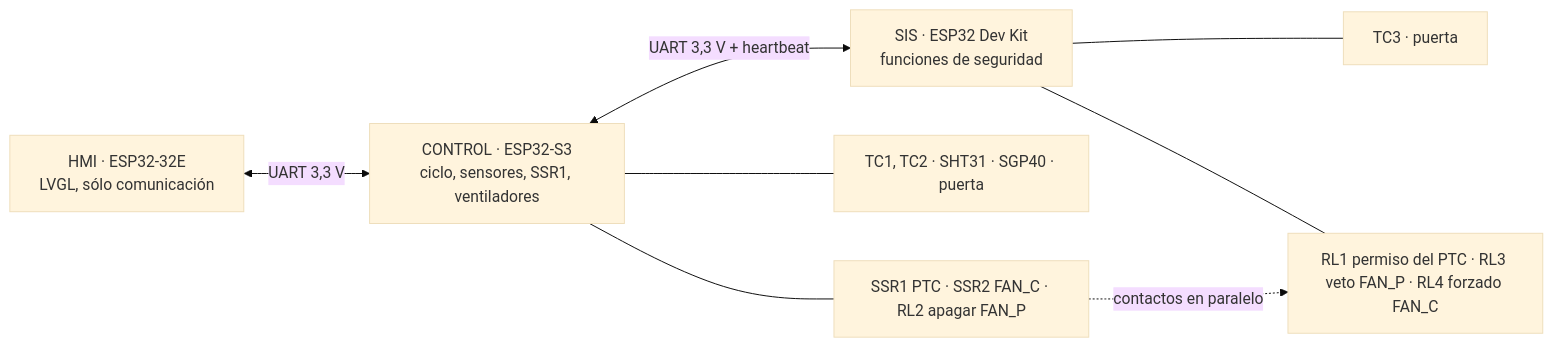
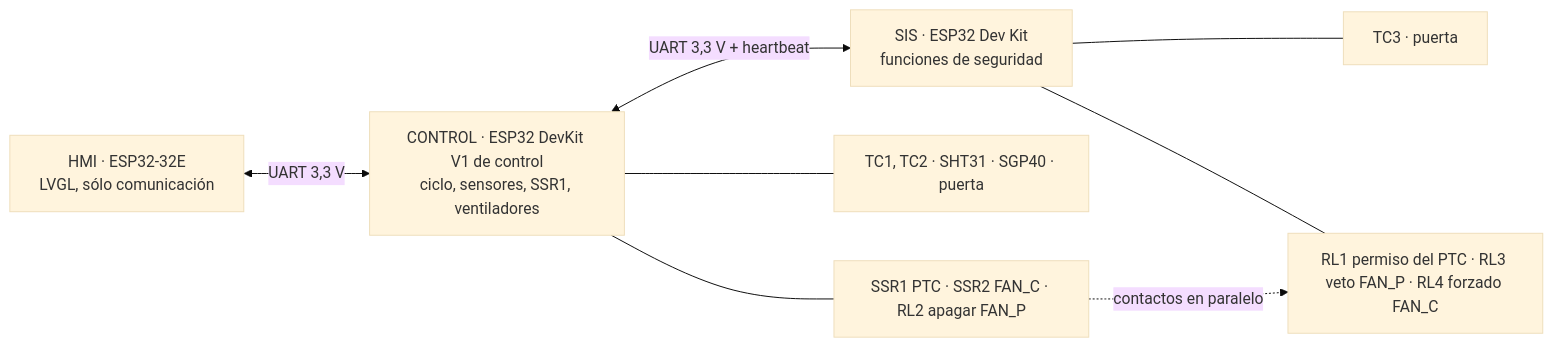
The diagram in docs/arquitectura.md (reymenez323/QuitaSicote3000), drawn with Mermaid (base theme) before and after one commit. The commit also changed other lines of this file and 46 other files, not shown here.

First line of the commit message:
Firmware inicial con FreeRTOS; control y SIS en ESP32 DevKit V1

````diff
--- a/docs/arquitectura.md
+++ b/docs/arquitectura.md
@@ -20,11 +20,11 @@
 ```mermaid
 flowchart LR
-  HMI[HMI · ESP32-32E<br/>LVGL, sólo comunicación] <-->|UART 3,3 V| CTRL[CONTROL · ESP32-S3<br/>ciclo, sensores, SSR1, ventiladores]
+  HMI[HMI · ESP32-32E<br/>LVGL, sólo comunicación] <-->|UART 3,3 V| CTRL[CONTROL · ESP32 DevKit V1 de control<br/>ciclo, sensores, SSR1, ventiladores]
   CTRL <-->|UART 3,3 V + heartbeat| SIS[SIS · ESP32 Dev Kit<br/>funciones de seguridad]
 
   CTRL --- S1[TC1, TC2 · SHT31 · SGP40 · puerta]
   CTRL --- A1[SSR1 PTC · SSR2 FAN_C · RL2 apagar FAN_P]
   SIS --- S2[TC3 · puerta]
   SIS --- A2[RL1 permiso del PTC · RL3 veto FAN_P · RL4 forzado FAN_C]
   A1 -.->|contactos en paralelo| A2
 ```
````
